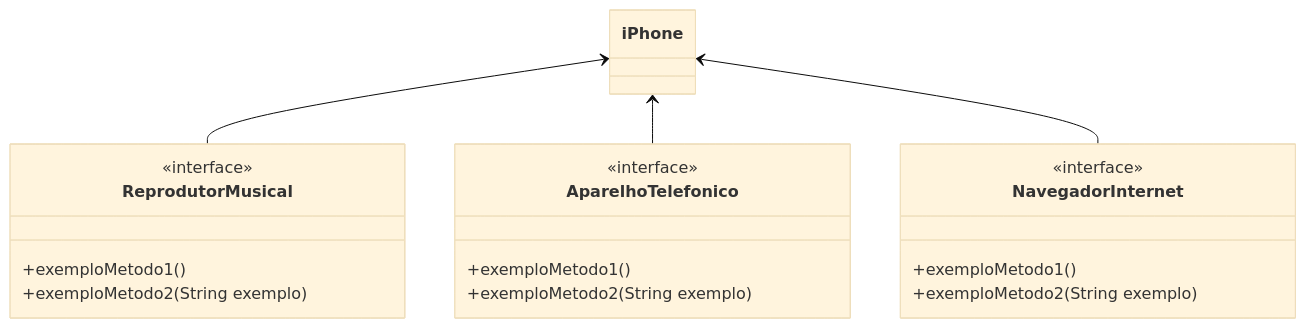
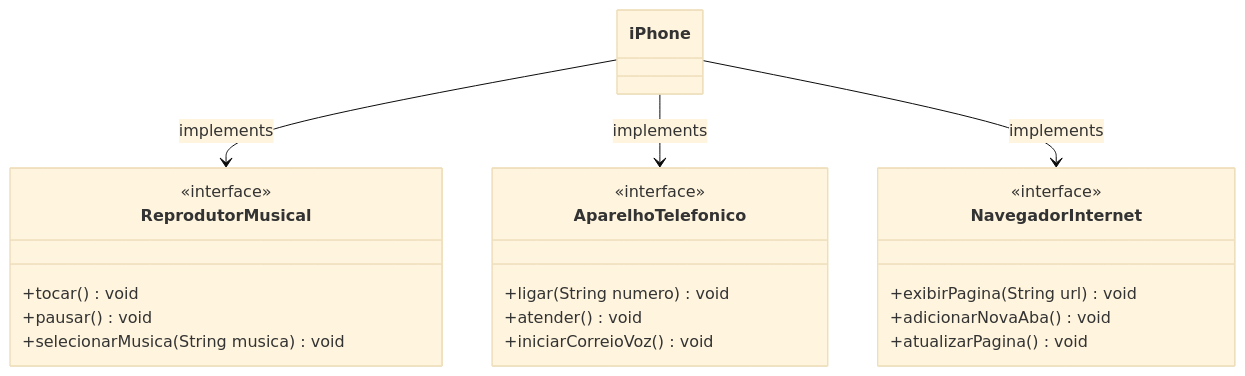
One commit to Mikeprogrammer973/dio-trilha-java-basico changed the diagram in desafios/poo/README.md. Above: the diagram before and after it, drawn with Mermaid (base theme). The commit also changed other lines of this file, not shown here.

````diff
--- a/desafios/poo/README.md
+++ b/desafios/poo/README.md
@@ -2,27 +2,30 @@
 ```mermaid
 classDiagram
     class ReprodutorMusical {
         <<interface>>
-        +exemploMetodo1()
-        +exemploMetodo2(String exemplo)
+        +tocar() void
+        +pausar() void
+        +selecionarMusica(String musica) void
     }
 
     class AparelhoTelefonico {
         <<interface>>
-        +exemploMetodo1()
-        +exemploMetodo2(String exemplo)
+        +ligar(String numero) void
+        +atender() void
+        +iniciarCorreioVoz() void
     }
 
     class NavegadorInternet {
         <<interface>>
-        +exemploMetodo1()
-        +exemploMetodo2(String exemplo)
+        +exibirPagina(String url) void
+        +adicionarNovaAba() void
+        +atualizarPagina() void
     }
 
     class iPhone {
     }
 
-    iPhone <-- ReprodutorMusical
-    iPhone <-- AparelhoTelefonico
-    iPhone <-- NavegadorInternet
+    iPhone --> ReprodutorMusical : implements
+    iPhone --> AparelhoTelefonico : implements
+    iPhone --> NavegadorInternet : implements
 ```
````
